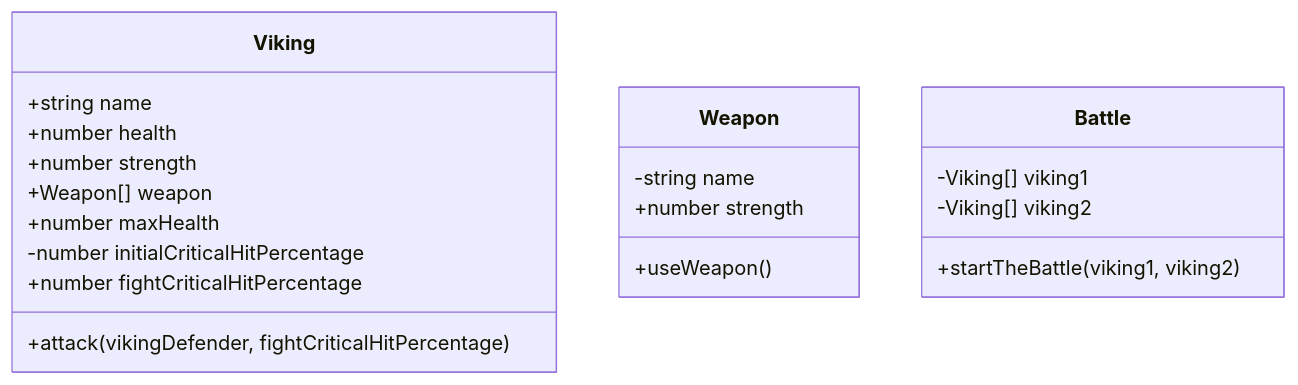
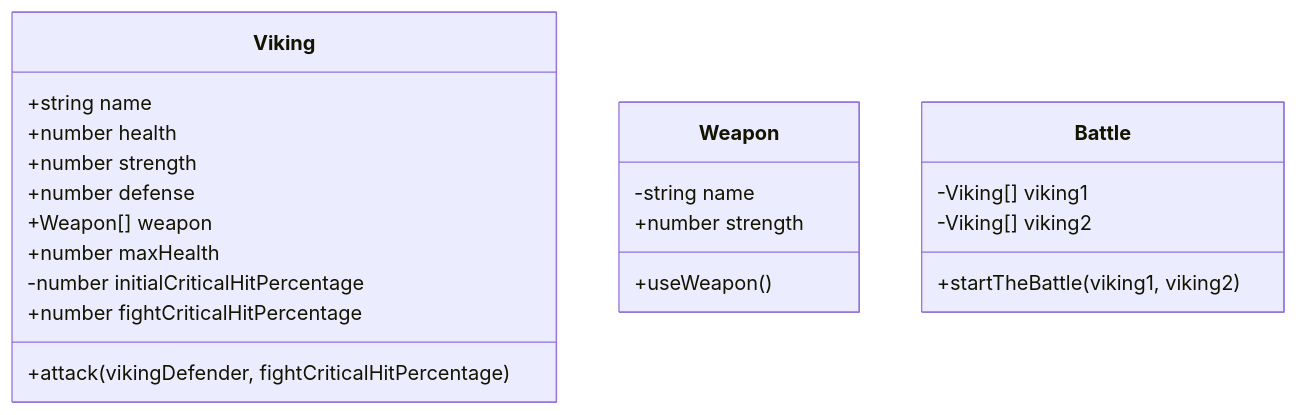
Before and after one commit to JeremyFelix720/exos_poo: the diagram in src/viking_exos/infos/class_diagram.md, drawn with Mermaid. The commit also changed 5 other files, not shown here.

````diff
--- a/src/viking_exos/infos/class_diagram.md
+++ b/src/viking_exos/infos/class_diagram.md
@@ -1,25 +1,26 @@
 ```mermaid
 classDiagram
     class Viking{
         +string name
         +number health
         +number strength
+        +number defense
         +Weapon[] weapon
         +number maxHealth
         -number initialCriticalHitPercentage
         +number fightCriticalHitPercentage
         +attack(vikingDefender, fightCriticalHitPercentage)
     }
 
     class Weapon{
         -string name
         +number strength
         +useWeapon()
     }
 
     class Battle{
         -Viking[] viking1
         -Viking[] viking2
         +startTheBattle(viking1, viking2)
     }
 ```
````
